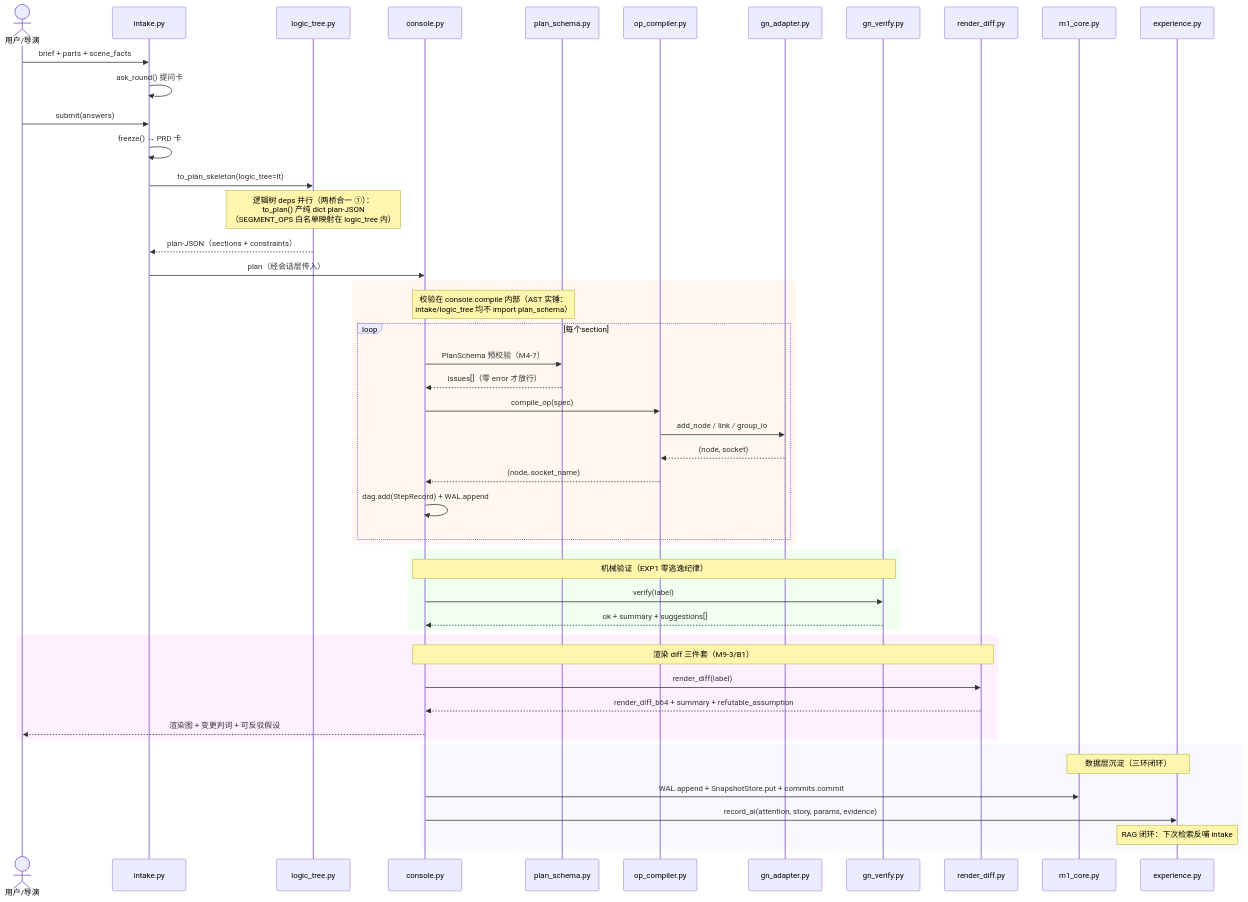
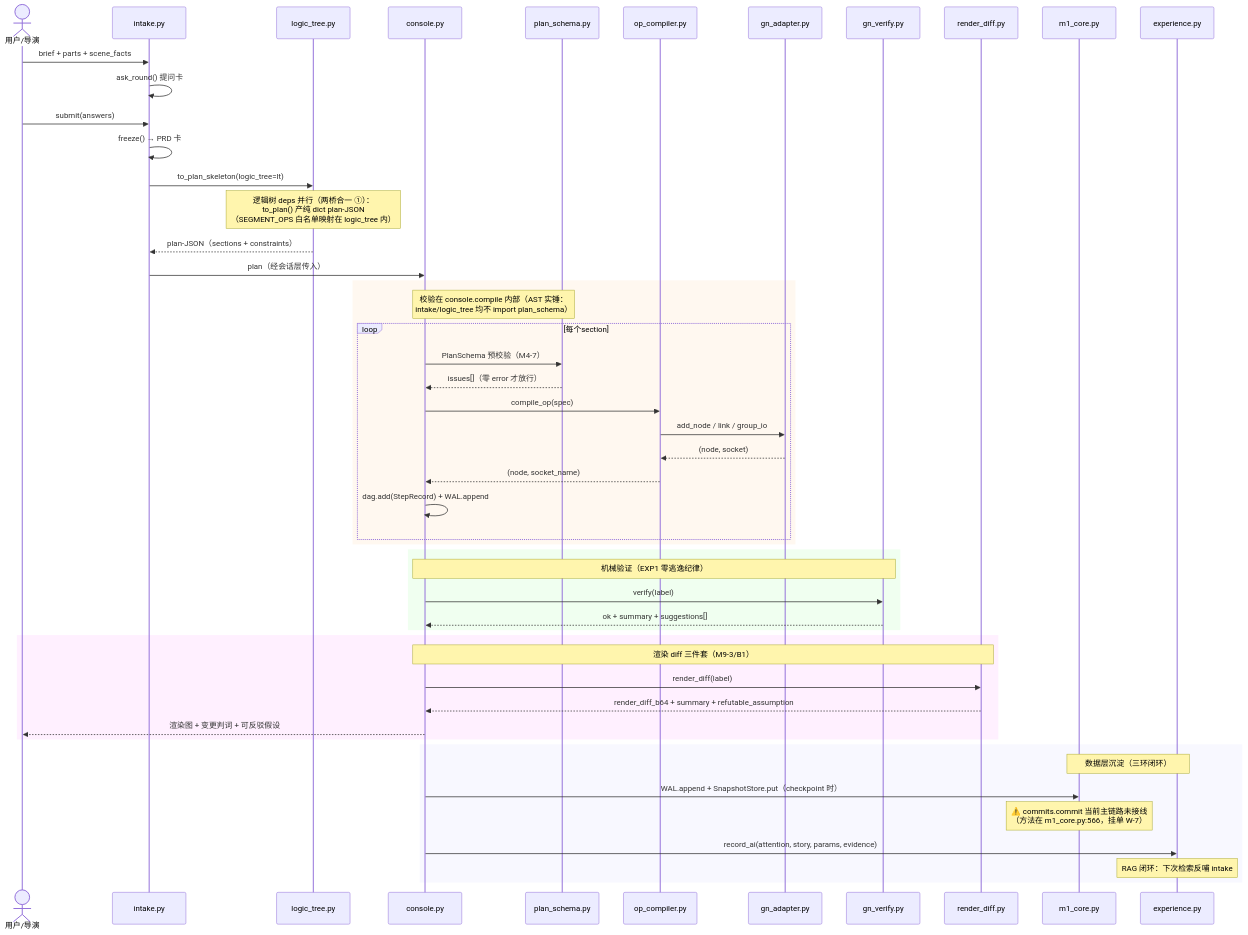
One commit to master666-max/blender-ai-console changed the third of 7 diagrams in docs/architecture/architecture_diagrams.md. Above: the diagram before and after it, drawn with Mermaid. The commit also changed other lines of this file, not shown here.

First line of the commit message:
docs: 图→代码反向审计——7 图逐图实证，揪出 4 处图实偏差并修 + 新挂单 W-6/W-7/W-8

````diff
--- a/docs/architecture/architecture_diagrams.md
+++ b/docs/architecture/architecture_diagrams.md
@@ -200,56 +200,57 @@
 ```mermaid
 sequenceDiagram
     actor U as 用户/导演
     participant I as intake.py
     participant LT as logic_tree.py
     participant C as console.py
     participant PS as plan_schema.py
     participant OC as op_compiler.py
     participant GA as gn_adapter.py
     participant GV as gn_verify.py
     participant RD as render_diff.py
     participant M1 as m1_core.py
     participant EXP as experience.py
 
     U->>I: brief + parts + scene_facts
     I->>I: ask_round() 提问卡
     U->>I: submit(answers)
     I->>I: freeze() → PRD 卡
     I->>LT: to_plan_skeleton(logic_tree=lt)
     Note over LT: 逻辑树 deps 并行（两桥合一 ①）：<br/>to_plan() 产纯 dict plan-JSON<br/>（SEGMENT_OPS 白名单映射在 logic_tree 内）
     LT-->>I: plan-JSON（sections + constraints）
 
     I->>C: plan（经会话层传入）
     rect rgb(255, 248, 240)
         Note over C,PS: 校验在 console.compile 内部（AST 实锤：<br/>intake/logic_tree 均不 import plan_schema）
         loop 每个section
             C->>PS: PlanSchema 预校验（M4-7）
             PS-->>C: issues[]（零 error 才放行）
             C->>OC: compile_op(spec)
             OC->>GA: add_node / link / group_io
             GA-->>OC: (node, socket)
             OC-->>C: (node, socket_name)
             C->>C: dag.add(StepRecord) + WAL.append
         end
     end
 
     rect rgb(240, 255, 240)
         Note over C,GV: 机械验证（EXP1 零逃逸纪律）
         C->>GV: verify(label)
         GV-->>C: ok + summary + suggestions[]
     end
 
     rect rgb(255, 240, 255)
         Note over C,RD: 渲染 diff 三件套（M9-3/B1）
         C->>RD: render_diff(label)
         RD-->>C: render_diff_b64 + summary + refutable_assumption
         C-->>U: 渲染图 + 变更判词 + 可反驳假设
     end
 
     rect rgb(248, 248, 255)
         Note over M1,EXP: 数据层沉淀（三环闭环）
-        C->>M1: WAL.append + SnapshotStore.put + commits.commit
+        C->>M1: WAL.append + SnapshotStore.put（checkpoint 时）
+        Note over M1: ⚠️ commits.commit 当前主链路未接线<br/>（方法在 m1_core.py:566，挂单 W-7）
         C->>EXP: record_ai(attention, story, params, evidence)
         Note over EXP: RAG 闭环：下次检索反哺 intake
     end
 ```
````
